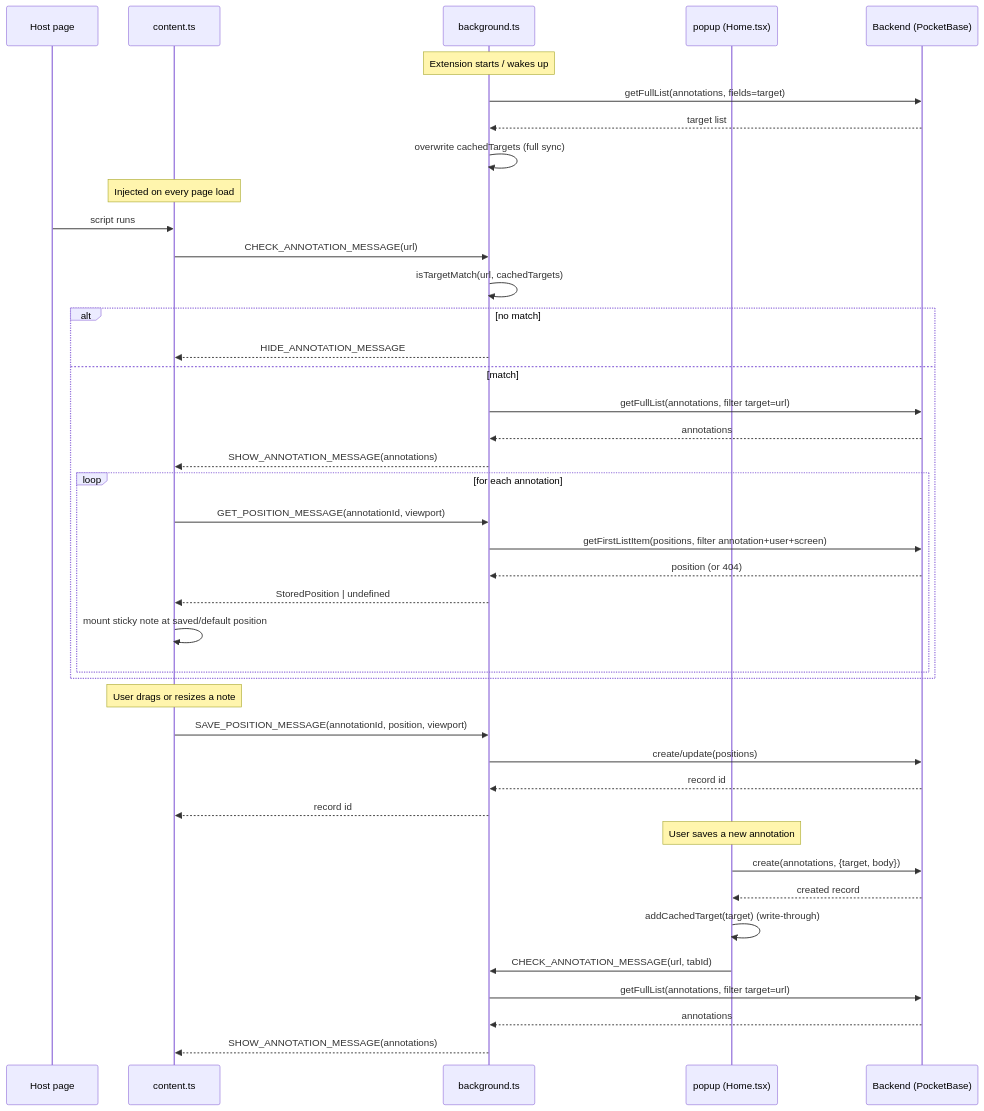
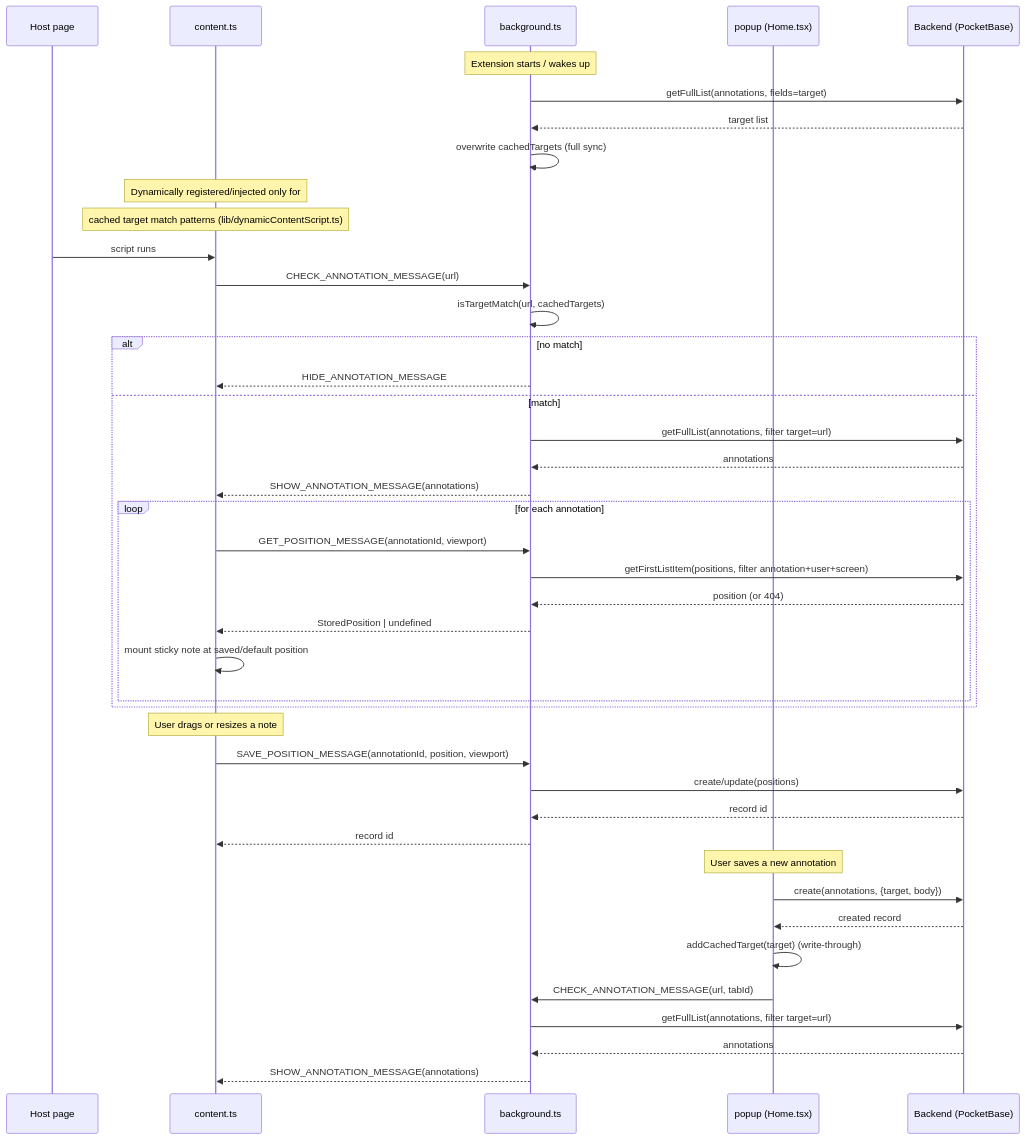
One commit to asano69/sticky-party changed the diagram in docs/communication-architecture.md. Above: the diagram before and after it, drawn with Mermaid. The commit also changed other lines of this file and 1 other file, not shown here.

````diff
--- a/docs/communication-architecture.md
+++ b/docs/communication-architecture.md
@@ -41,49 +44,50 @@
 ```mermaid
 sequenceDiagram
     participant Page as Host page
     participant Content as content.ts
     participant BG as background.ts
     participant Popup as popup (Home.tsx)
     participant PB as Backend (PocketBase)
 
     Note over BG: Extension starts / wakes up
     BG->>PB: getFullList(annotations, fields=target)
     PB-->>BG: target list
     BG->>BG: overwrite cachedTargets (full sync)
 
-    Note over Content: Injected on every page load
+    Note over Content: Dynamically registered/injected only for
+    Note over Content: cached target match patterns (lib/dynamicContentScript.ts)
     Page->>Content: script runs
     Content->>BG: CHECK_ANNOTATION_MESSAGE(url)
     BG->>BG: isTargetMatch(url, cachedTargets)
 
     alt no match
         BG-->>Content: HIDE_ANNOTATION_MESSAGE
     else match
         BG->>PB: getFullList(annotations, filter target=url)
         PB-->>BG: annotations
         BG-->>Content: SHOW_ANNOTATION_MESSAGE(annotations)
 
         loop for each annotation
             Content->>BG: GET_POSITION_MESSAGE(annotationId, viewport)
             BG->>PB: getFirstListItem(positions, filter annotation+user+screen)
             PB-->>BG: position (or 404)
             BG-->>Content: StoredPosition | undefined
             Content->>Content: mount sticky note at saved/default position
         end
     end
 
     Note over Content: User drags or resizes a note
     Content->>BG: SAVE_POSITION_MESSAGE(annotationId, position, viewport)
     BG->>PB: create/update(positions)
     PB-->>BG: record id
     BG-->>Content: record id
 
     Note over Popup: User saves a new annotation
     Popup->>PB: create(annotations, {target, body})
     PB-->>Popup: created record
     Popup->>Popup: addCachedTarget(target)  (write-through)
     Popup->>BG: CHECK_ANNOTATION_MESSAGE(url, tabId)
     BG->>PB: getFullList(annotations, filter target=url)
     PB-->>BG: annotations
     BG-->>Content: SHOW_ANNOTATION_MESSAGE(annotations)
 ```
````
